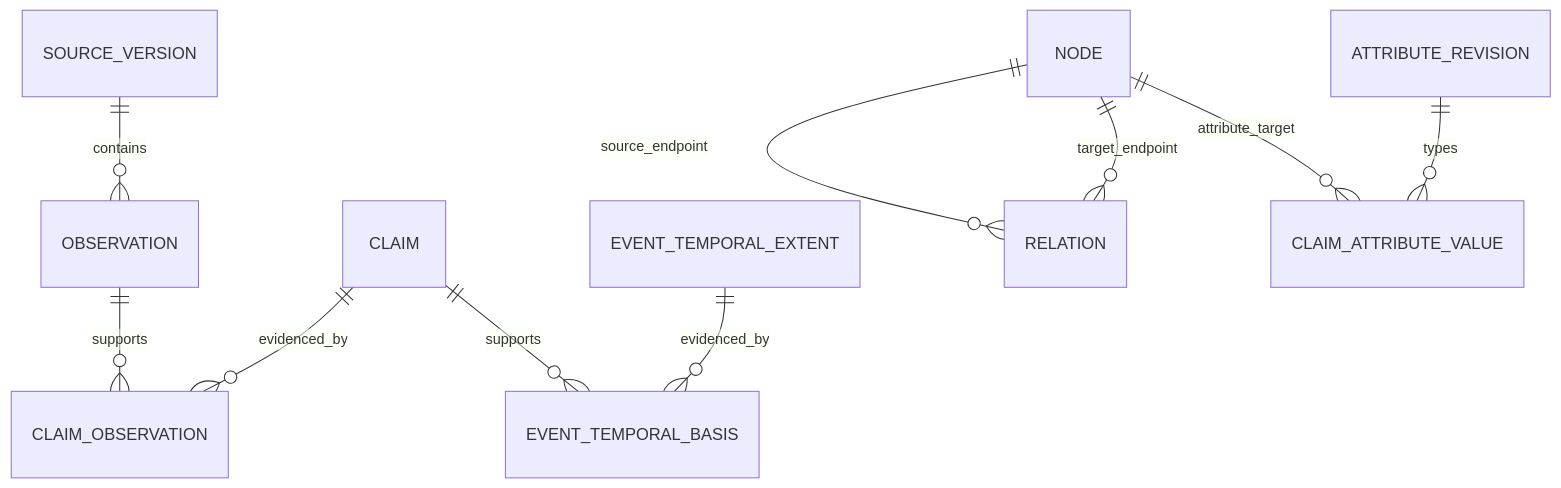
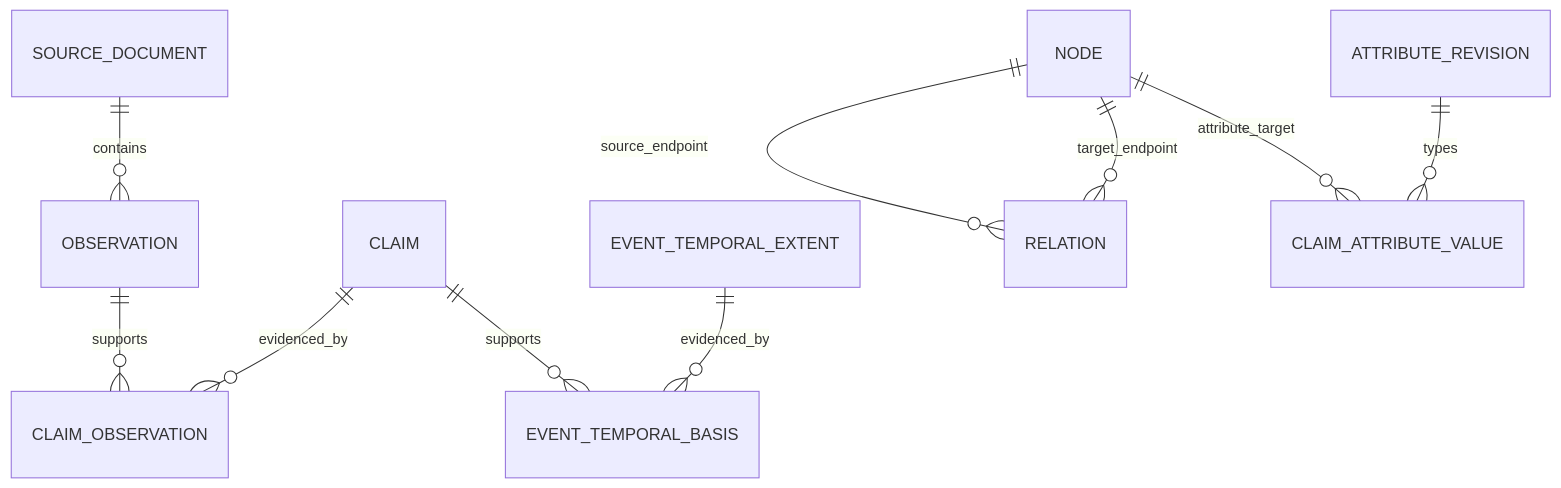
The sixth of 8 diagrams in logical-data-schema.md (studylida/ontology-map), drawn with Mermaid before and after one commit. The commit also changed other lines of this file, not shown here.

Commit message:
docs: simplify prepared source model

````diff
--- a/logical-data-schema.md
+++ b/logical-data-schema.md
@@ -183,12 +175,12 @@
 ```mermaid
 erDiagram
-    SOURCE_VERSION ||--o{ OBSERVATION : contains
+    SOURCE_DOCUMENT ||--o{ OBSERVATION : contains
     CLAIM ||--o{ CLAIM_OBSERVATION : evidenced_by
     OBSERVATION ||--o{ CLAIM_OBSERVATION : supports
     CLAIM ||--o{ EVENT_TEMPORAL_BASIS : supports
     EVENT_TEMPORAL_EXTENT ||--o{ EVENT_TEMPORAL_BASIS : evidenced_by
     NODE ||--o{ RELATION : source_endpoint
     NODE ||--o{ RELATION : target_endpoint
     NODE ||--o{ CLAIM_ATTRIBUTE_VALUE : attribute_target
     ATTRIBUTE_REVISION ||--o{ CLAIM_ATTRIBUTE_VALUE : types
 ```
````
